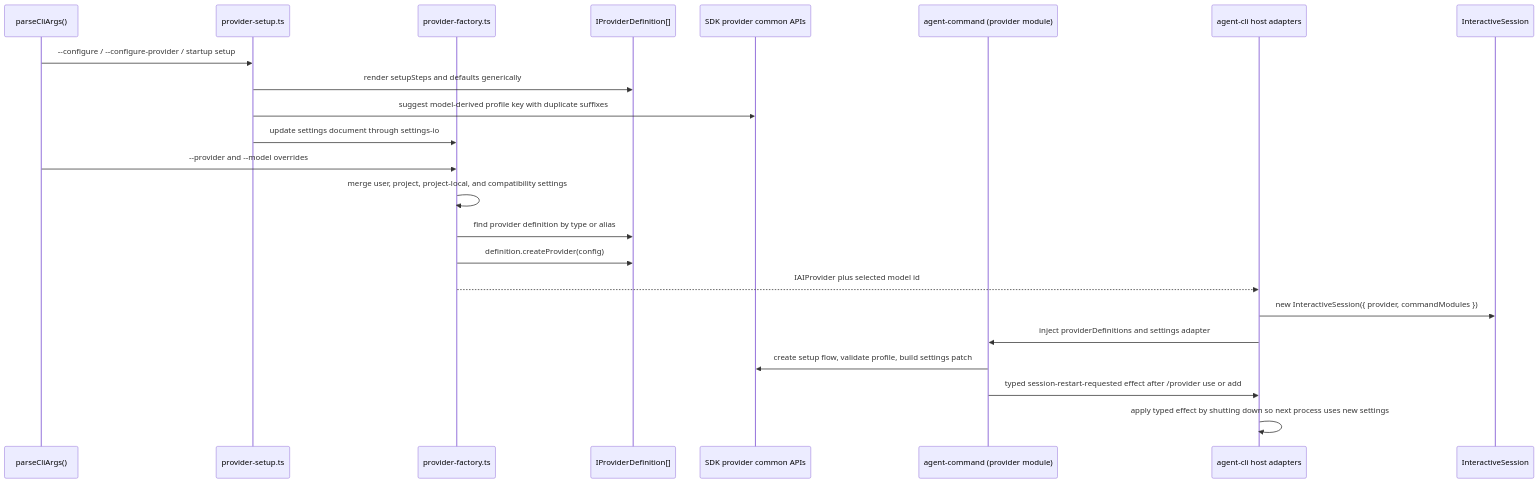
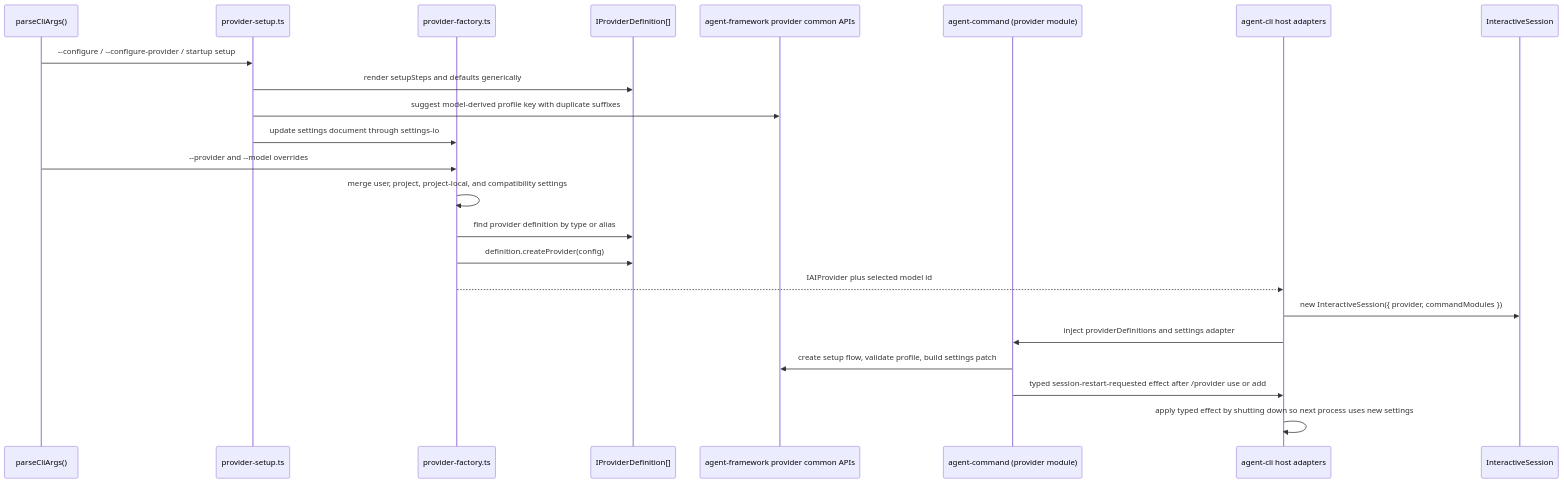
One commit to woojubb/robota changed the second of 2 diagrams in .agents/specs/architecture-map/agent-cli/commands-and-provider-flow.md. Above: the diagram before and after it, drawn with Mermaid. The commit also changed other lines of this file and 18 other files, not shown here.

````diff
--- a/.agents/specs/architecture-map/agent-cli/commands-and-provider-flow.md
+++ b/.agents/specs/architecture-map/agent-cli/commands-and-provider-flow.md
@@ -49,26 +49,26 @@
 ```mermaid
 sequenceDiagram
   participant Args as parseCliArgs()
   participant Setup as provider-setup.ts
   participant Factory as provider-factory.ts
   participant Defs as IProviderDefinition[]
-  participant SDKCommon as SDK provider common APIs
+  participant SDKCommon as agent-framework provider common APIs
   participant Command as agent-command (provider module)
   participant CLI as agent-cli host adapters
   participant Session as InteractiveSession
 
   Args->>Setup: --configure / --configure-provider / startup setup
   Setup->>Defs: render setupSteps and defaults generically
   Setup->>SDKCommon: suggest model-derived profile key with duplicate suffixes
   Setup->>Factory: update settings document through settings-io
   Args->>Factory: --provider and --model overrides
   Factory->>Factory: merge user, project, project-local, and compatibility settings
   Factory->>Defs: find provider definition by type or alias
   Factory->>Defs: definition.createProvider(config)
   Factory-->>CLI: IAIProvider plus selected model id
   CLI->>Session: new InteractiveSession({ provider, commandModules })
   CLI->>Command: inject providerDefinitions and settings adapter
   Command->>SDKCommon: create setup flow, validate profile, build settings patch
   Command->>CLI: typed session-restart-requested effect after /provider use or add
   CLI->>CLI: apply typed effect by shutting down so next process uses new settings
 ```
````
